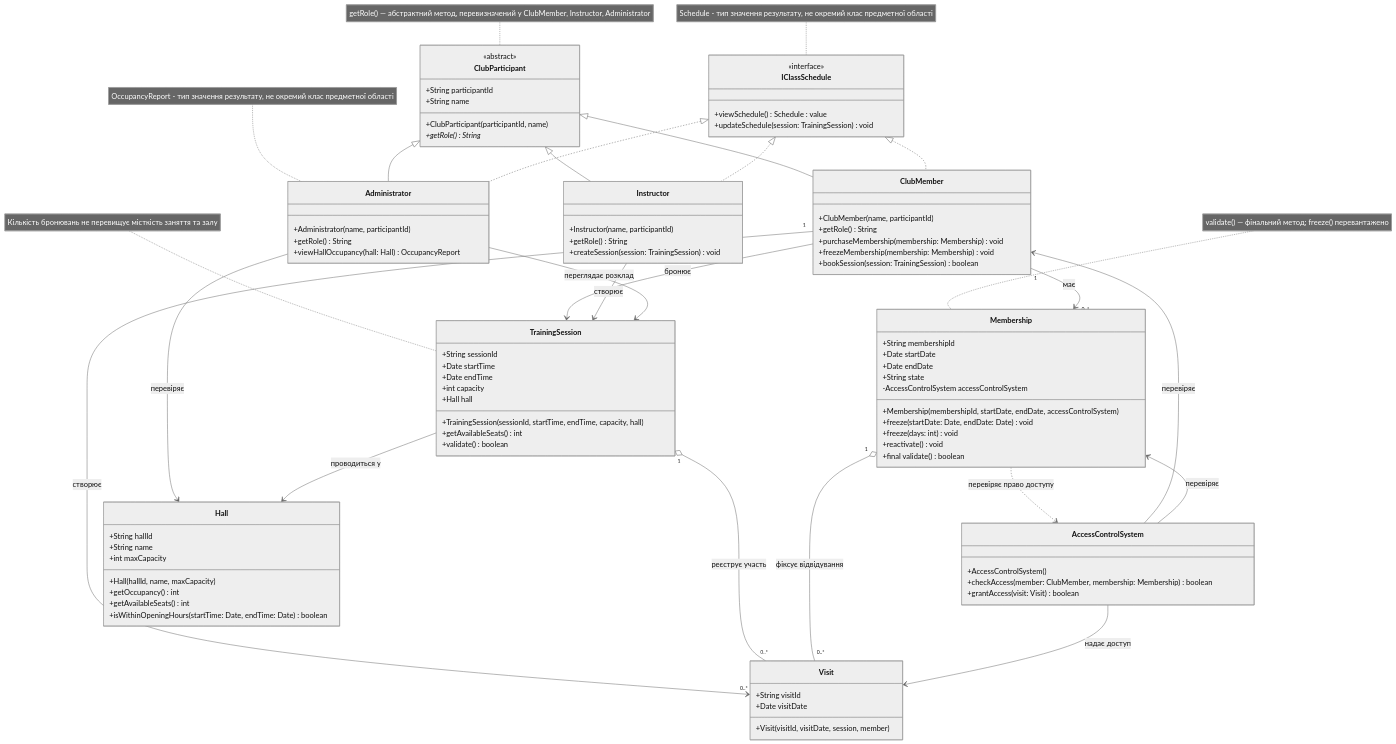
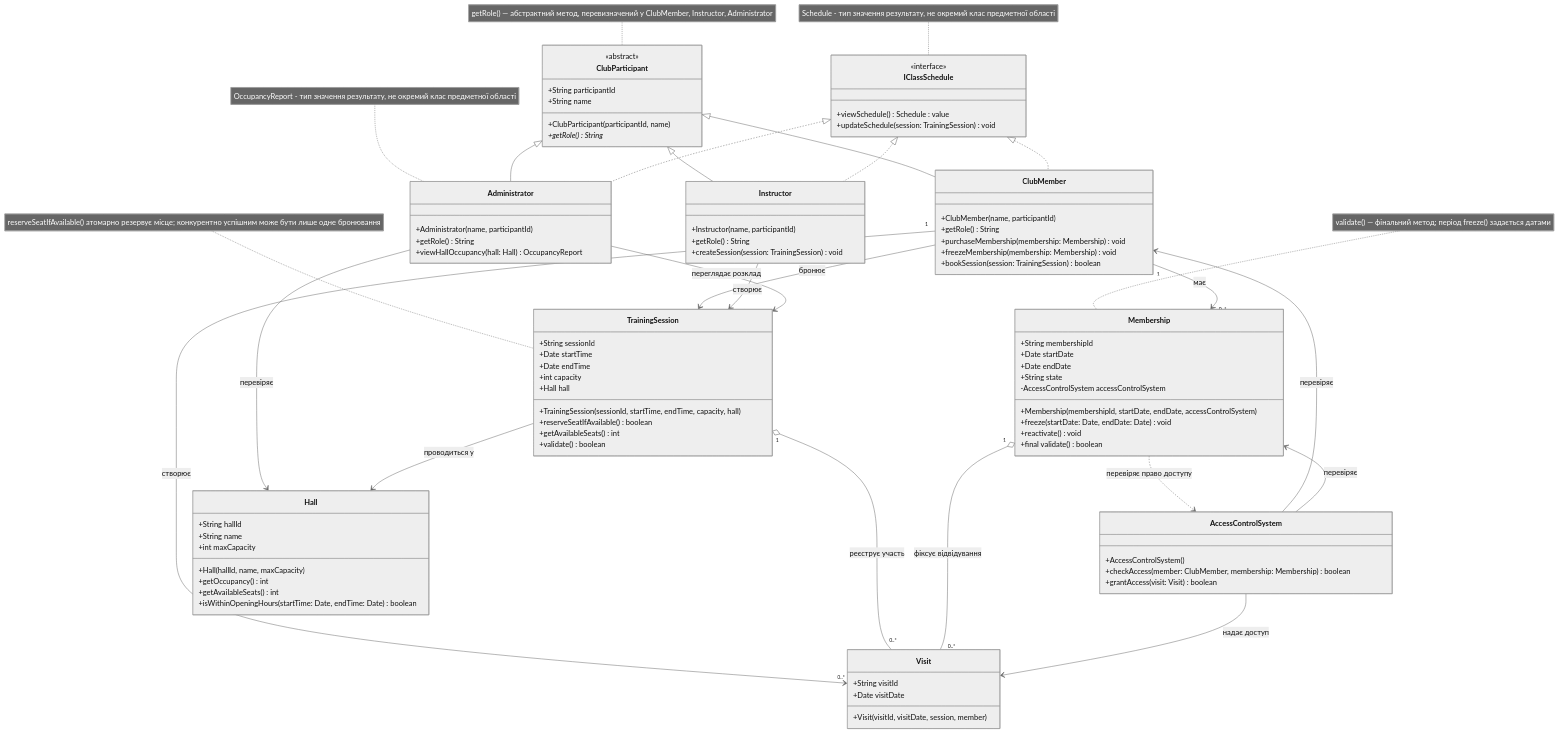
One commit to OleksandrEkorde/sportsclub changed the diagram in docs/class.mmd. Above: the diagram before and after it, drawn with Mermaid (neutral theme). The commit also changed 3 other files, not shown here.

```diff
--- a/docs/class.mmd
+++ b/docs/class.mmd
@@ -1,109 +1,109 @@
 classDiagram
 direction TB
 
 class ClubParticipant {
   <<abstract>>
   +ClubParticipant(participantId, name)
   +String participantId
   +String name
   +getRole()* String
 }
 
 class ClubMember {
   +ClubMember(name, participantId)
   +getRole() String
   +purchaseMembership(membership: Membership) void
   +freezeMembership(membership: Membership) void
   +bookSession(session: TrainingSession) boolean
 }
 
 class Instructor {
   +Instructor(name, participantId)
   +getRole() String
   +createSession(session: TrainingSession) void
 }
 
 class Administrator {
   +Administrator(name, participantId)
   +getRole() String
   +viewHallOccupancy(hall: Hall) OccupancyReport
 }
 
 class IClassSchedule {
   <<interface>>
   +viewSchedule() Schedule : value
   +updateSchedule(session: TrainingSession) void
 }
 
 class Membership {
   +Membership(membershipId, startDate, endDate, accessControlSystem)
   +String membershipId
   +Date startDate
   +Date endDate
   +String state
   -AccessControlSystem accessControlSystem
   +freeze(startDate: Date, endDate: Date) void
-  +freeze(days: int) void
   +reactivate() void
   +final validate() boolean
 }
 
 class Visit {
   +String visitId
   +Date visitDate
   +Visit(visitId, visitDate, session, member)
 }
 
 class AccessControlSystem {
   +AccessControlSystem()
   +checkAccess(member: ClubMember, membership: Membership) boolean
   +grantAccess(visit: Visit) boolean
 }
 
 class TrainingSession {
   +TrainingSession(sessionId, startTime, endTime, capacity, hall)
   +String sessionId
   +Date startTime
   +Date endTime
   +int capacity
   +Hall hall
+  +reserveSeatIfAvailable() boolean
   +getAvailableSeats() int
   +validate() boolean
 }
 
 class Hall {
   +Hall(hallId, name, maxCapacity)
   +String hallId
   +String name
   +int maxCapacity
   +getOccupancy() int
   +getAvailableSeats() int
   +isWithinOpeningHours(startTime: Date, endTime: Date) boolean
 }
 
 ClubParticipant <|-- ClubMember
 ClubParticipant <|-- Instructor
 ClubParticipant <|-- Administrator
 IClassSchedule <|.. ClubMember
 IClassSchedule <|.. Instructor
 IClassSchedule <|.. Administrator
 
 ClubMember "1" --> "0..*" Membership : має
 ClubMember "1" --> "0..*" Visit : створює
 ClubMember --> TrainingSession : бронює
 Instructor --> TrainingSession : створює
 Administrator --> Hall : перевіряє
 Administrator --> TrainingSession : переглядає розклад
 TrainingSession --> Hall : проводиться у
 TrainingSession "1" o-- "0..*" Visit : реєструє участь
 Membership "1" o-- "0..*" Visit : фіксує відвідування
 Membership ..> AccessControlSystem : перевіряє право доступу
 AccessControlSystem --> ClubMember : перевіряє
 AccessControlSystem --> Membership : перевіряє
 AccessControlSystem --> Visit : надає доступ
 
-note for Membership "validate() — фінальний метод; freeze() перевантажено"
+note for Membership "validate() — фінальний метод; період freeze() задається датами"
 note for ClubParticipant "getRole() — абстрактний метод, перевизначений у ClubMember, Instructor, Administrator"
-note for TrainingSession "Кількість бронювань не перевищує місткість заняття та залу"
+note for TrainingSession "reserveSeatIfAvailable() атомарно резервує місце; конкурентно успішним може бути лише одне бронювання"
 note for IClassSchedule "Schedule - тип значення результату, не окремий клас предметної області"
 note for Administrator "OccupancyReport - тип значення результату, не окремий клас предметної області"
```
